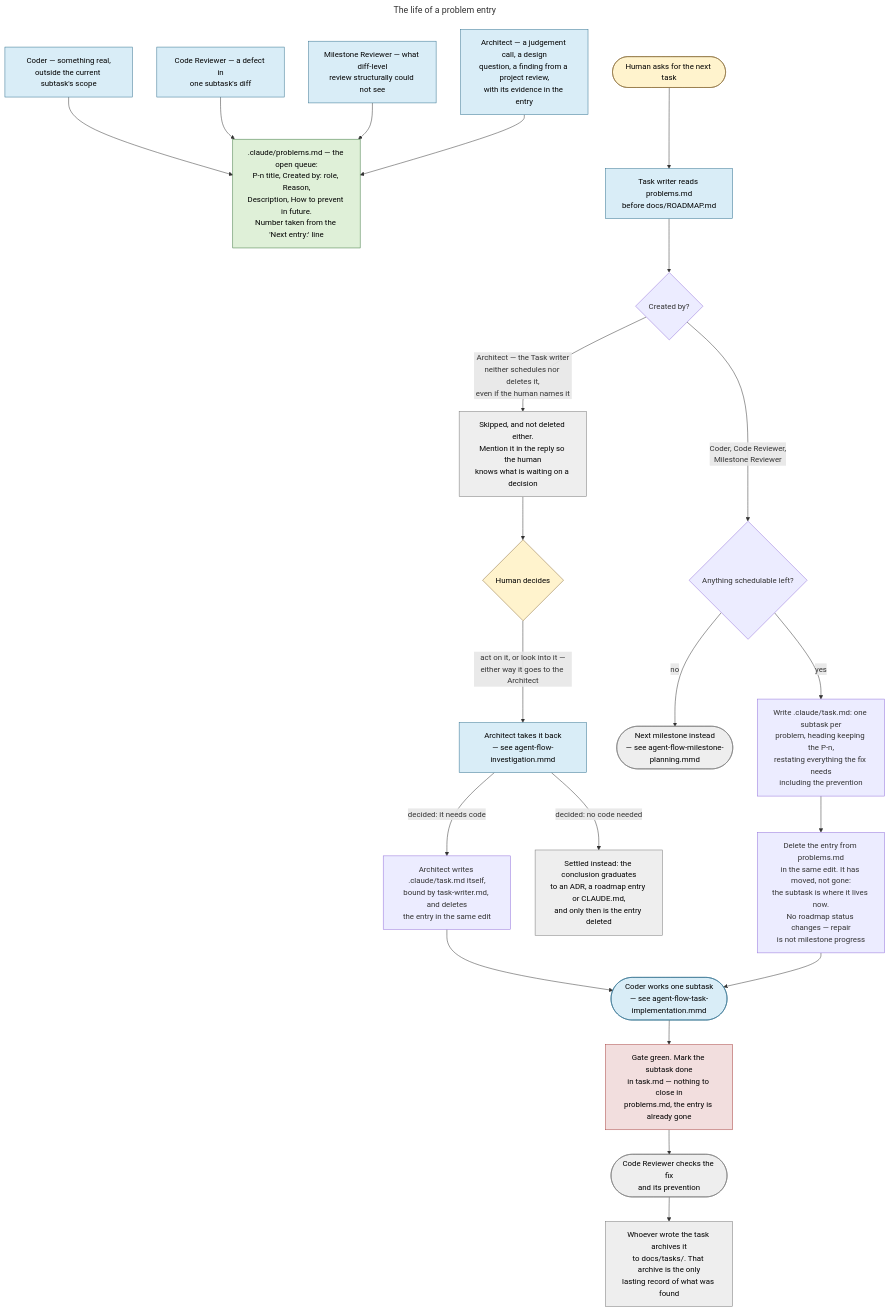
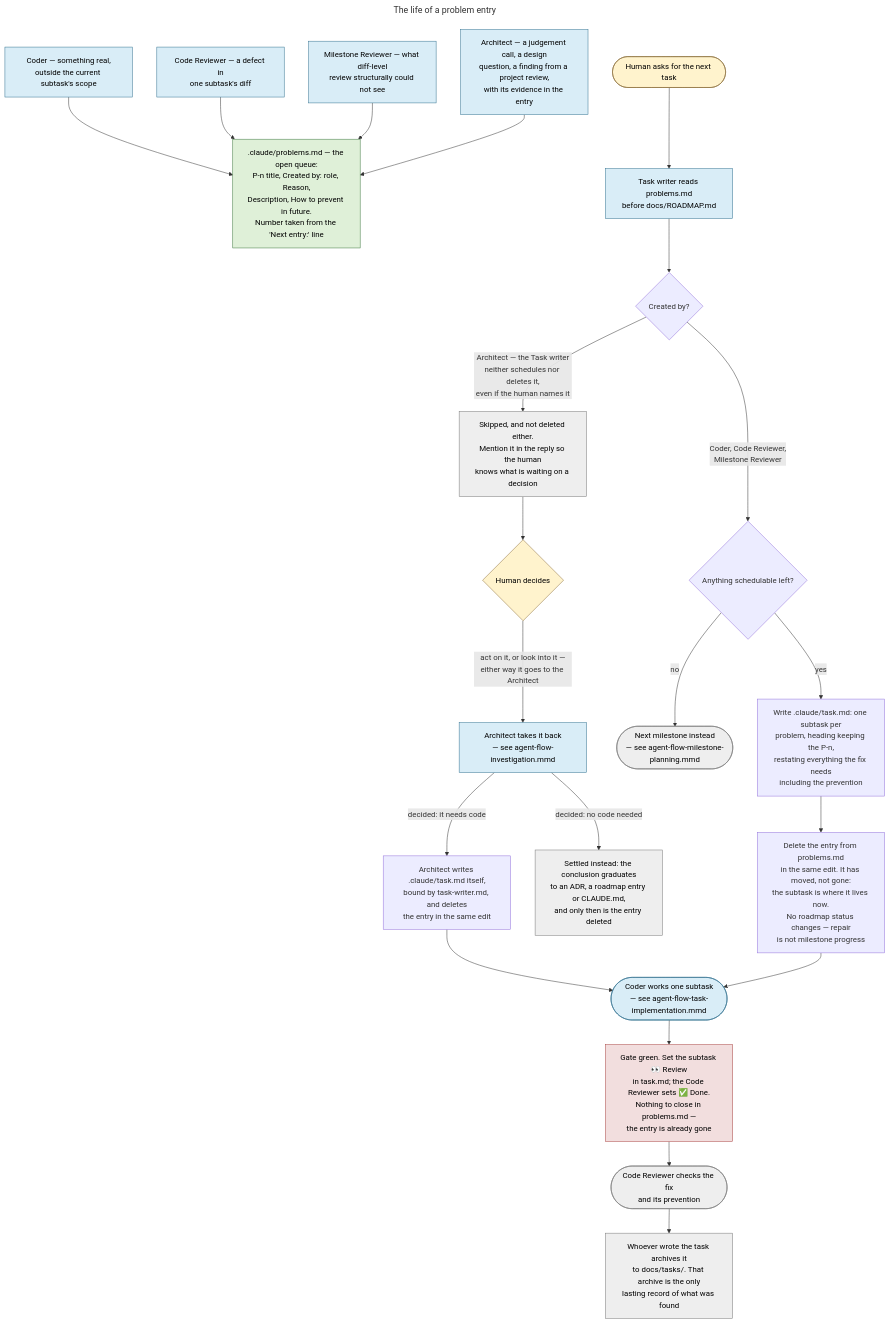
One commit to Dmitriy-G/simple_rdbms changed the diagram in docs/diagrams/agent-flow-problem-lifecycle.mmd. Above: the diagram before and after it, drawn with Mermaid. The commit also changed 10 other files, not shown here.

Commit message:
Change agents flow

```diff
--- a/docs/diagrams/agent-flow-problem-lifecycle.mmd
+++ b/docs/diagrams/agent-flow-problem-lifecycle.mmd
@@ -1,51 +1,51 @@
 ---
 title: The life of a problem entry
 ---
 flowchart TD
     classDef human fill:#fff3cd,stroke:#8a6d3b,color:#000
     classDef role fill:#d9edf7,stroke:#31708f,color:#000
     classDef channel fill:#dff0d8,stroke:#3c763d,color:#000
     classDef gate fill:#f2dede,stroke:#a94442,color:#000
     classDef stop fill:#eeeeee,stroke:#777,color:#000
 
     SRC1["Coder — something real,<br/>outside the current subtask's scope"]:::role
     SRC2["Code Reviewer — a defect in<br/>one subtask's diff"]:::role
     SRC3["Milestone Reviewer — what diff-level<br/>review structurally could not see"]:::role
     SRC4["Architect — a judgement call, a design<br/>question, a finding from a project review,<br/>with its evidence in the entry"]:::role
 
     PROB[".claude/problems.md — the open queue:<br/>P-n title, Created by: role, Reason,<br/>Description, How to prevent in future.<br/>Number taken from the 'Next entry:' line"]:::channel
 
     NEXT(["Human asks for the next task"]):::human
     TW["Task writer reads problems.md<br/>before docs/ROADMAP.md"]:::role
     WHO{"Created by?"}
 
     SKIP["Skipped, and not deleted either.<br/>Mention it in the reply so the human<br/>knows what is waiting on a decision"]:::stop
     HUMANCALL{"Human decides"}:::human
     ARCHINV["Architect takes it back<br/>— see agent-flow-investigation.mmd"]:::role
     ARCHTASK["Architect writes .claude/task.md itself,<br/>bound by task-writer.md, and deletes<br/>the entry in the same edit"]
     DELINV["Settled instead: the conclusion graduates<br/>to an ADR, a roadmap entry or CLAUDE.md,<br/>and only then is the entry deleted"]:::stop
 
     ANYOPEN{"Anything schedulable left?"}
     MILESTONE(["Next milestone instead<br/>— see agent-flow-milestone-planning.mmd"]):::stop
 
     TASK["Write .claude/task.md: one subtask per<br/>problem, heading keeping the P-n,<br/>restating everything the fix needs<br/>including the prevention"]
     CONSUME["Delete the entry from problems.md<br/>in the same edit. It has moved, not gone:<br/>the subtask is where it lives now.<br/>No roadmap status changes — repair<br/>is not milestone progress"]
 
     CODER(["Coder works one subtask<br/>— see agent-flow-task-implementation.mmd"]):::role
-    GATE["Gate green. Mark the subtask done<br/>in task.md — nothing to close in<br/>problems.md, the entry is already gone"]:::gate
+    GATE["Gate green. Set the subtask 👀 Review<br/>in task.md; the Code Reviewer sets ✅ Done.<br/>Nothing to close in problems.md —<br/>the entry is already gone"]:::gate
     CR(["Code Reviewer checks the fix<br/>and its prevention"]):::stop
     ARCHIVE["Whoever wrote the task archives it<br/>to docs/tasks/. That archive is the only<br/>lasting record of what was found"]:::stop
 
     SRC1 --> PROB
     SRC2 --> PROB
     SRC3 --> PROB
     SRC4 --> PROB
 
     NEXT --> TW --> WHO
     WHO -- "Architect — the Task writer<br/>neither schedules nor deletes it,<br/>even if the human names it" --> SKIP --> HUMANCALL
     HUMANCALL -- "act on it, or look into it —<br/>either way it goes to the Architect" --> ARCHINV
     ARCHINV -- "decided: it needs code" --> ARCHTASK --> CODER
     ARCHINV -- "decided: no code needed" --> DELINV
     WHO -- "Coder, Code Reviewer,<br/>Milestone Reviewer" --> ANYOPEN
     ANYOPEN -- no --> MILESTONE
     ANYOPEN -- yes --> TASK --> CONSUME --> CODER --> GATE --> CR --> ARCHIVE
```
